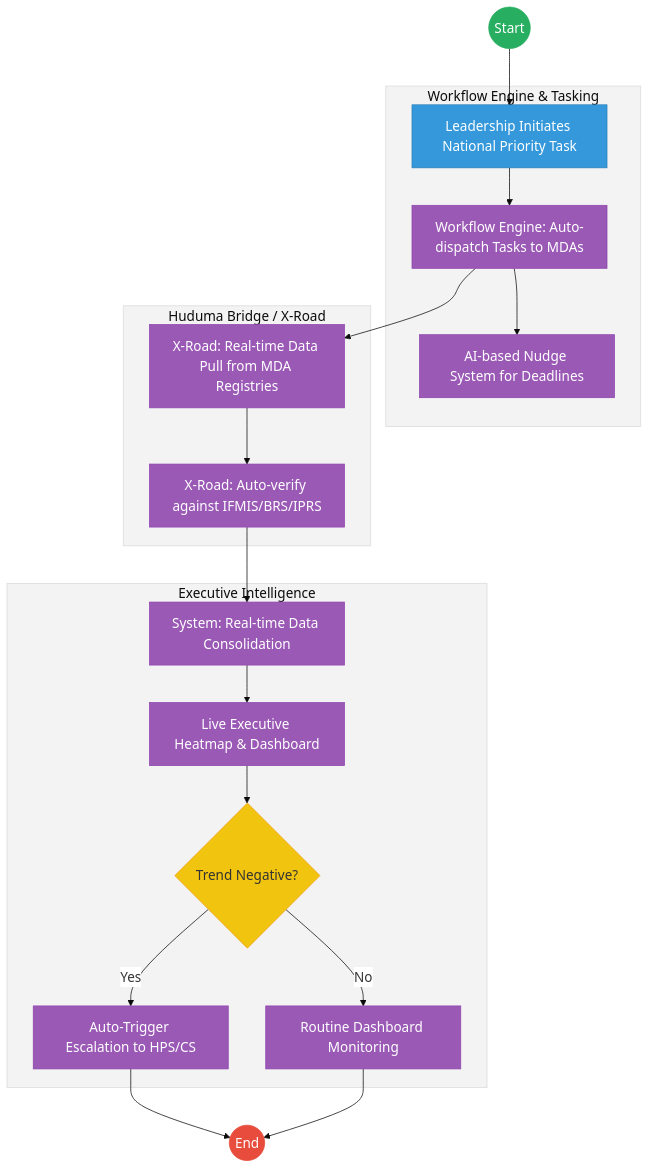
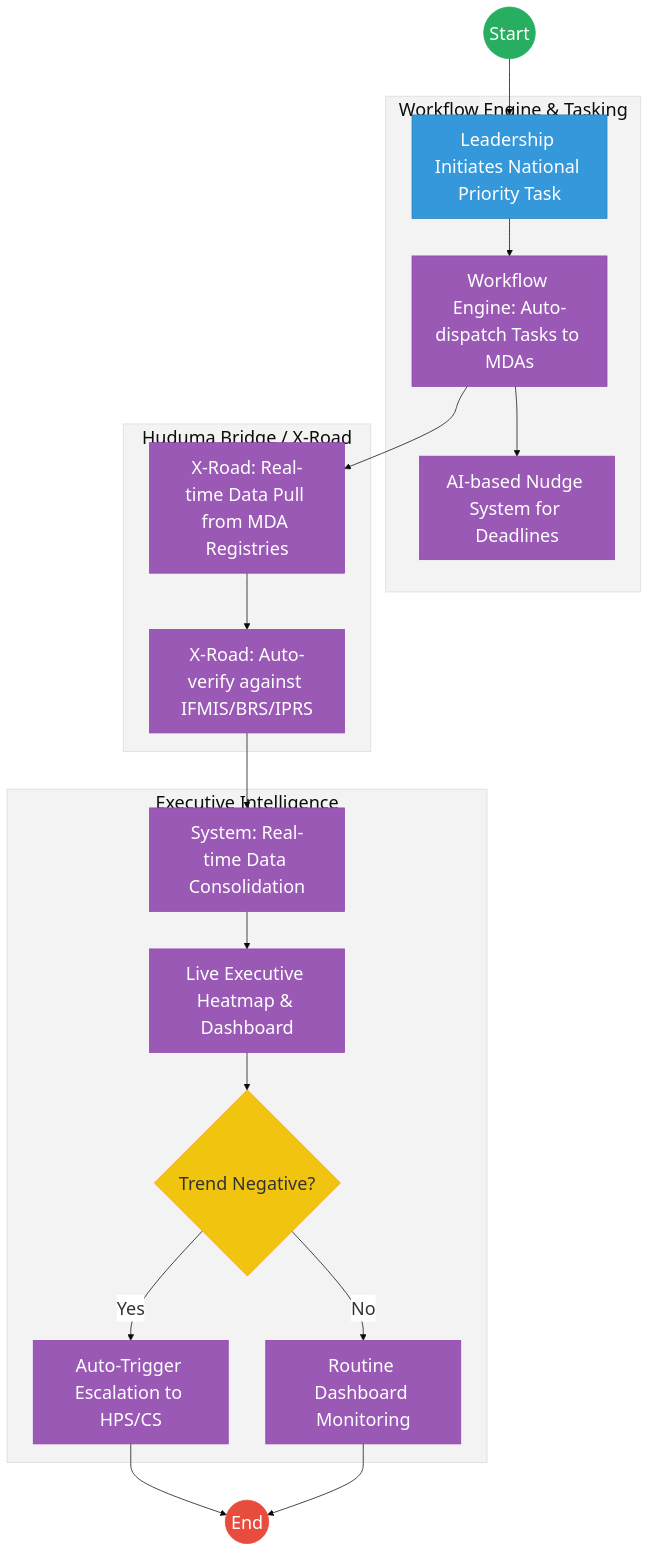
The second of 2 diagrams in mdas/docs_final/priority_mdas/National_Government_Coordination___Service_Delivery.md (BITZ-IT-Consulting-LTD/ictapoc), drawn with Mermaid before and after one commit. The commit also changed other lines of this file and 196 other files, not shown here.

````diff
--- a/mdas/docs_final/priority_mdas/National_Government_Coordination___Service_Delivery.md
+++ b/mdas/docs_final/priority_mdas/National_Government_Coordination___Service_Delivery.md
@@ -119,38 +119,38 @@
 ```mermaid
-%%{init: { 'theme': 'base', 'themeVariables': { 'fontSize': '18px', 'fontFamily': 'Inter, system-ui, sans-serif', 'primaryColor': '#ffffff', 'edgeLabelBackground':'#ffffff', 'tertiaryColor': '#f3f3f3', 'mainBkg': '#ffffff', 'nodeBorder': '#333333' } } }%%
+%%{init: { 'theme': 'base', 'themeVariables': { 'fontSize': '24px', 'fontFamily': 'Inter, system-ui, sans-serif', 'primaryColor': '#ffffff', 'edgeLabelBackground':'#ffffff', 'tertiaryColor': '#f3f3f3', 'mainBkg': '#ffffff', 'nodeBorder': '#333333' } } }%%
 graph TD
     Start((Start)) --> Command["Leadership Initiates National Priority Task"]
     
     subgraph Layer2["Workflow Engine & Tasking"]
         Command --> Task["Workflow Engine: Auto-dispatch Tasks to MDAs"]
         Task --> Reminder["AI-based Nudge System for Deadlines"]
     end
     
     subgraph Layer3["Huduma Bridge / X-Road"]
         Task --> Pull["X-Road: Real-time Data Pull from MDA Registries"]
         Pull --> Validate["X-Road: Auto-verify against IFMIS/BRS/IPRS"]
     end
     
     subgraph Layer4["Executive Intelligence"]
         Validate --> Merge["System: Real-time Data Consolidation"]
         Merge --> Dash["Live Executive Heatmap & Dashboard"]
         Dash --> Predict{"Trend Negative?"}
         
         Predict -- "Yes" --> Trigger_Esc["Auto-Trigger Escalation to HPS/CS"]
         Predict -- "No" --> Routine["Routine Dashboard Monitoring"]
     end
     
     Trigger_Esc --> End((End))
     Routine --> End
 
-    classDef start fill:#27ae60,stroke:#27ae60,color:#fff;
-    classDef endNode fill:#e74c3c,stroke:#e74c3c,color:#fff;
-    classDef userTask fill:#3498db,stroke:#2980b9,color:#fff;
-    classDef serviceTask fill:#9b59b6,stroke:#8e44ad,color:#fff;
-    classDef gateway fill:#f1c40f,stroke:#f39c12,color:#333;
+    classDef start fill:#27ae60,stroke:#27ae60,color:#fff,font-size:24px,font-size:24px;;
+    classDef endNode fill:#e74c3c,stroke:#e74c3c,color:#fff,font-size:24px,font-size:24px;;
+    classDef userTask fill:#3498db,stroke:#2980b9,color:#fff,font-size:24px,font-size:24px;;
+    classDef serviceTask fill:#9b59b6,stroke:#8e44ad,color:#fff,font-size:24px,font-size:24px;;
+    classDef gateway fill:#f1c40f,stroke:#f39c12,color:#333,font-size:24px,font-size:24px;;
     class Start start;
     class End endNode;
     class Predict gateway;
     class Command userTask;
     class Task,Reminder,Pull,Validate,Merge,Dash,Trigger_Esc,Routine serviceTask;
 ```
````
